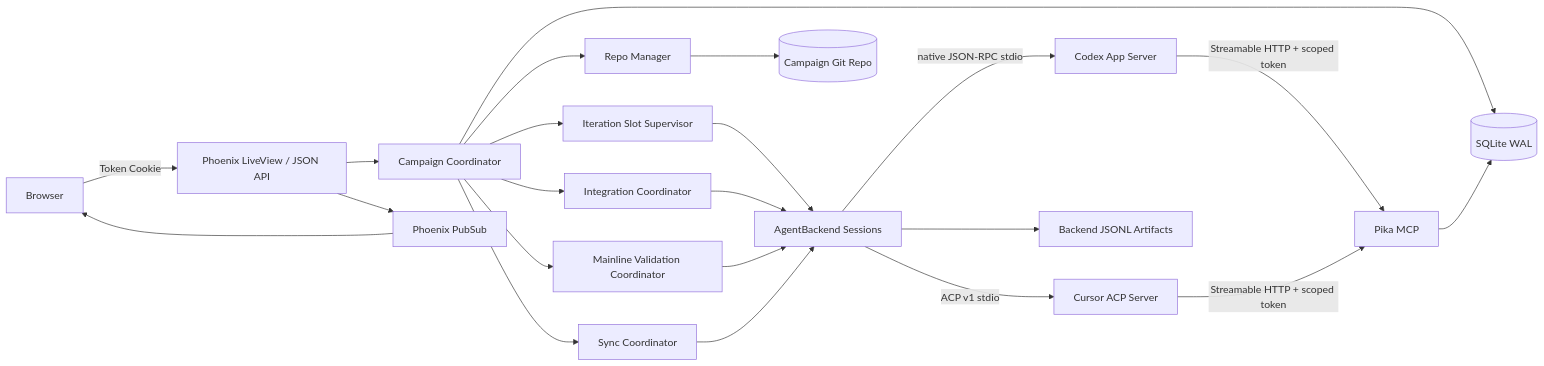
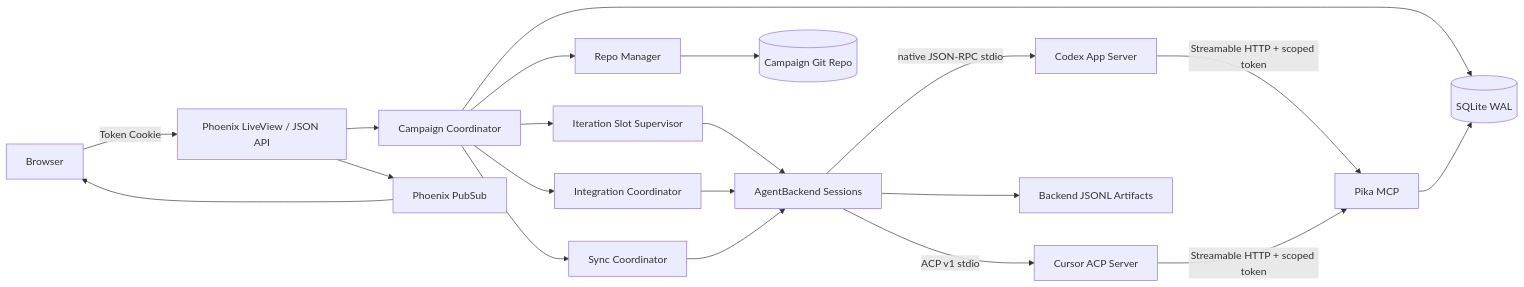
One commit to reyoung/pika changed the first of 2 diagrams in docs/design/architecture.md. Above: the diagram before and after it, drawn with Mermaid. The commit also changed other lines of this file and 95 other files, not shown here.

````diff
--- a/docs/design/architecture.md
+++ b/docs/design/architecture.md
@@ -22,24 +22,22 @@
 ```mermaid
 flowchart LR
     Browser[Browser] -->|Token Cookie| Web[Phoenix LiveView / JSON API]
     Web --> Coordinator[Campaign Coordinator]
     Web --> PubSub[Phoenix PubSub]
     Coordinator --> DB[(SQLite WAL)]
     Coordinator --> Repo[Repo Manager]
     Coordinator --> Slots[Iteration Slot Supervisor]
     Coordinator --> Integration[Integration Coordinator]
-    Coordinator --> Validation[Mainline Validation Coordinator]
     Coordinator --> Sync[Sync Coordinator]
     Slots --> Sessions[AgentBackend Sessions]
     Integration --> Sessions
-    Validation --> Sessions
     Sync --> Sessions
     Sessions -->|native JSON-RPC stdio| Codex[Codex App Server]
     Sessions -->|ACP v1 stdio| Cursor[Cursor ACP Server]
     Codex -->|Streamable HTTP + scoped token| MCP[Pika MCP]
     Cursor -->|Streamable HTTP + scoped token| MCP
     MCP --> DB
     Sessions --> Logs[Backend JSONL Artifacts]
     Repo --> Git[(Campaign Git Repo)]
     PubSub --> Browser
 ```
````
